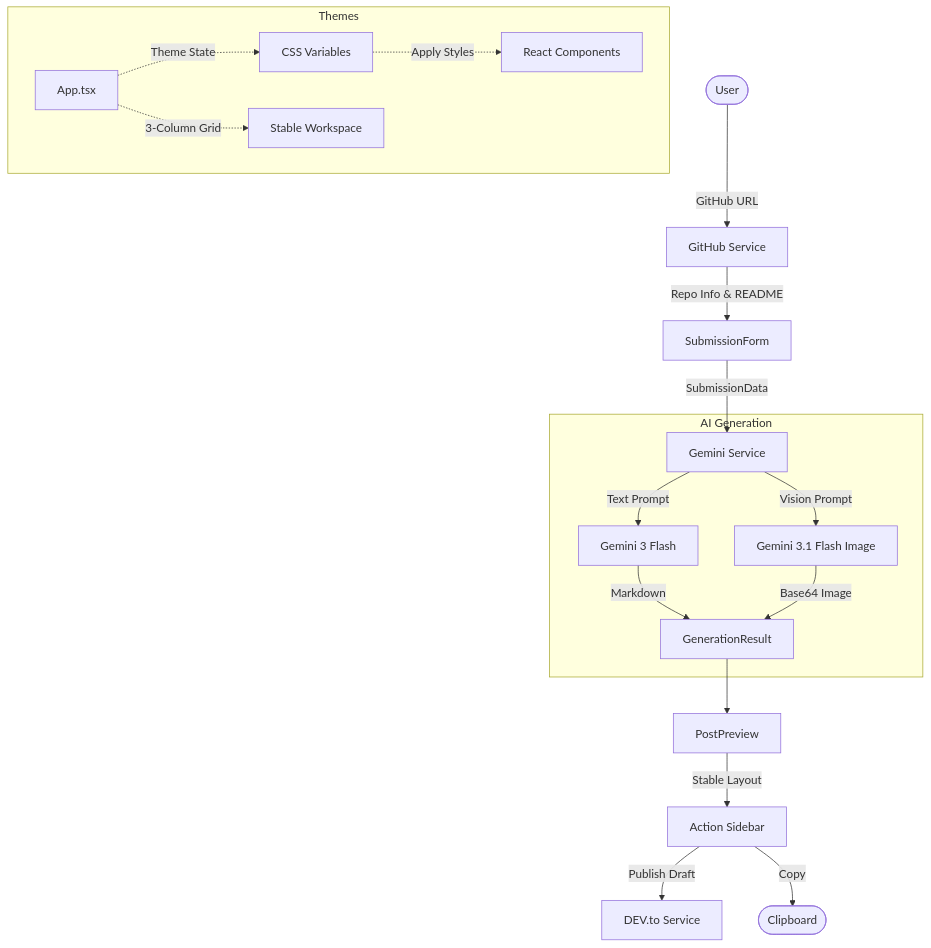
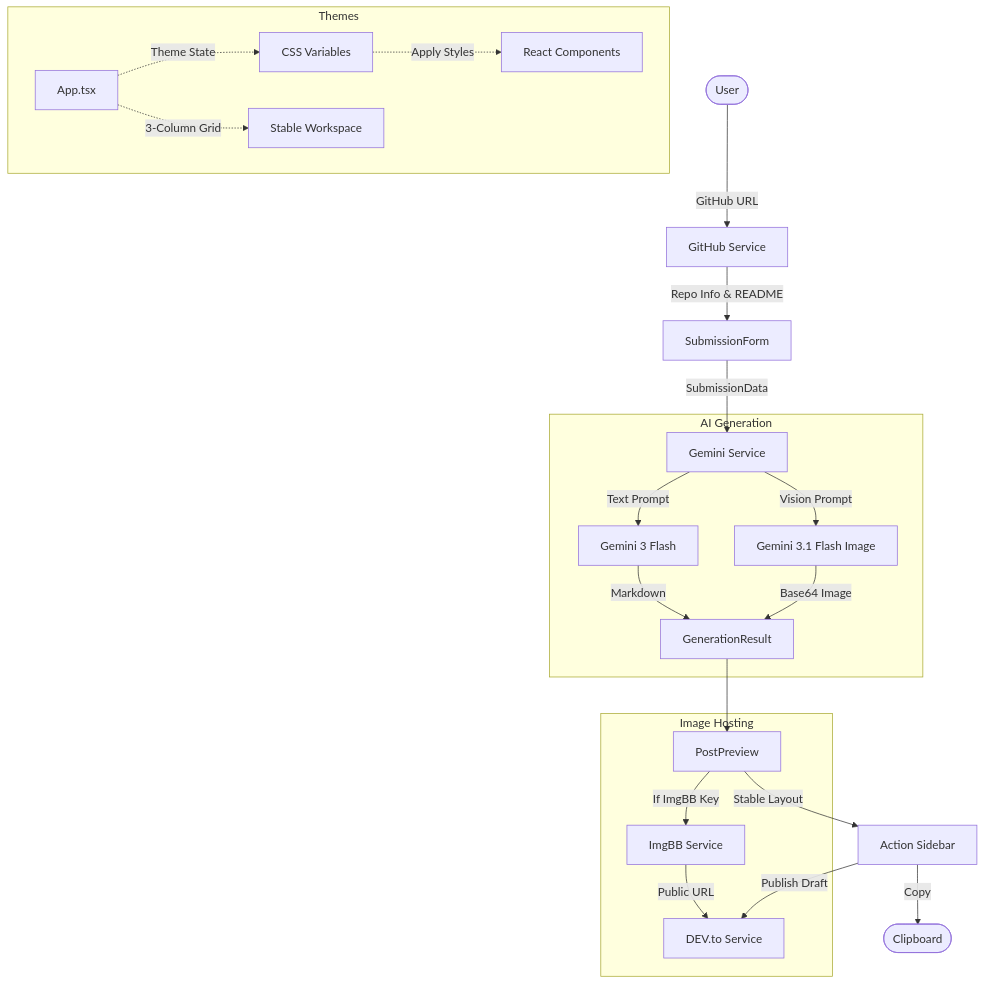
Before and after one commit to vero-code/forktopost: the diagram in ARCHITECTURE.md, drawn with Mermaid. The commit also changed other lines of this file and 1 other file, not shown here.

Commit message:
docs: add info about ImgBB

````diff
--- a/ARCHITECTURE.md
+++ b/ARCHITECTURE.md
@@ -13,24 +13,30 @@
 ```mermaid
 graph TD
     User([User]) -->|GitHub URL| GH[GitHub Service]
     GH -->|Repo Info & README| Form[SubmissionForm]
     Form -->|SubmissionData| API[Gemini Service]
     
     subgraph AI Generation
         API -->|Text Prompt| GeminiText[Gemini 3 Flash]
         API -->|Vision Prompt| GeminiImage[Gemini 3.1 Flash Image]
         GeminiText -->|Markdown| Result
         GeminiImage -->|Base64 Image| Result
     end
 
     Result[GenerationResult] --> Preview[PostPreview]
     Preview -->|Stable Layout| Sidebar[Action Sidebar]
+    
+    subgraph Image Hosting
+        Preview -->|If ImgBB Key| ImgBB[ImgBB Service]
+        ImgBB -->|Public URL| DevTo
+    end
+    
     Sidebar -->|Publish Draft| DevTo[DEV.to Service]
     Sidebar -->|Copy| Clipboard([Clipboard])
     
     subgraph Themes
         App[App.tsx] -.->|Theme State| CSS[CSS Variables]
         CSS -.->|Apply Styles| UI[React Components]
         App -.->|3-Column Grid| Layout[Stable Workspace]
     end
 ```
````
